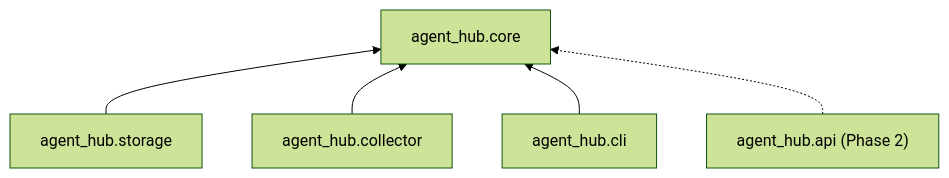
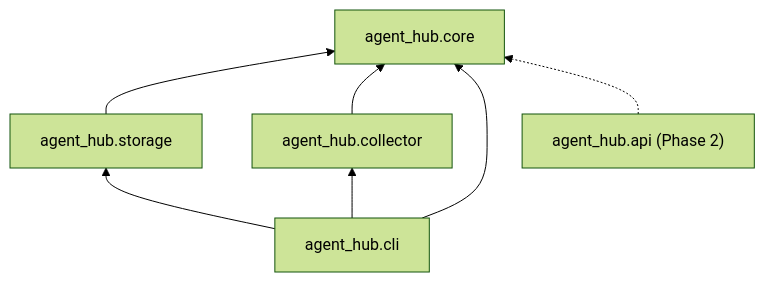
The first of 2 diagrams in docs/ARCHITECTURE.md (jroquette/agent-hub), drawn with Mermaid (forest theme) before and after one commit. The commit also changed other lines of this file and 8 other files, not shown here.

````diff
--- a/docs/ARCHITECTURE.md
+++ b/docs/ARCHITECTURE.md
@@ -50,7 +52,9 @@
 ```mermaid
 flowchart BT
   storage[agent_hub.storage] --> core[agent_hub.core]
   collector[agent_hub.collector] --> core
   cli[agent_hub.cli] --> core
+  cli --> storage
+  cli --> collector
   api["agent_hub.api (Phase 2)"] -.-> core
 ```
````
